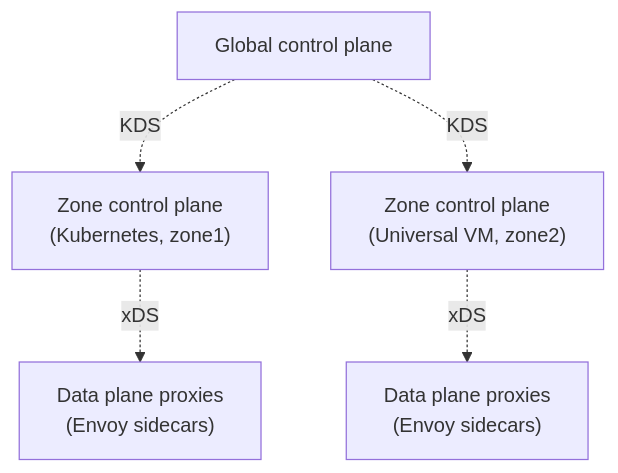
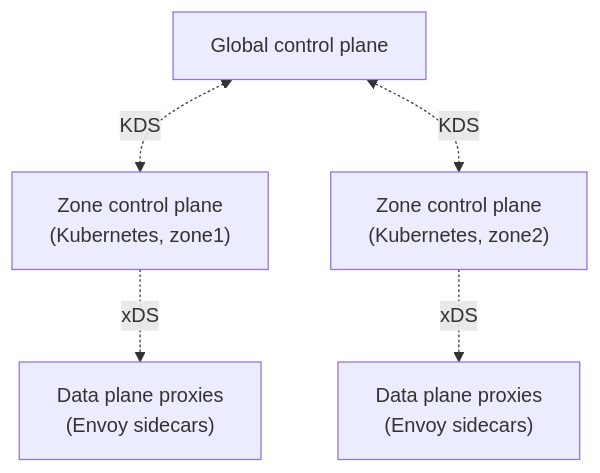
The first of 2 diagrams in app/mesh/architecture-overview.md (Kong/developer.konghq.com), drawn with Mermaid before and after one commit. The commit also changed other lines of this file and 27 other files, not shown here.

```diff
--- a/app/mesh/architecture-overview.md
+++ b/app/mesh/architecture-overview.md
@@ -88,13 +88,13 @@
 {% mermaid %}
 flowchart TD
     GCP["Global control plane"]
     Z1CP["Zone control plane<br/>(Kubernetes, zone1)"]
-    Z2CP["Zone control plane<br/>(Universal VM, zone2)"]
+    Z2CP["Zone control plane<br/>(Kubernetes, zone2)"]
     DP1["Data plane proxies<br/>(Envoy sidecars)"]
     DP2["Data plane proxies<br/>(Envoy sidecars)"]
 
-    GCP -.->|KDS| Z1CP
-    GCP -.->|KDS| Z2CP
+    GCP <-.->|KDS| Z1CP
+    GCP <-.->|KDS| Z2CP
     Z1CP -.->|xDS| DP1
     Z2CP -.->|xDS| DP2
 {% endmermaid %}
```
